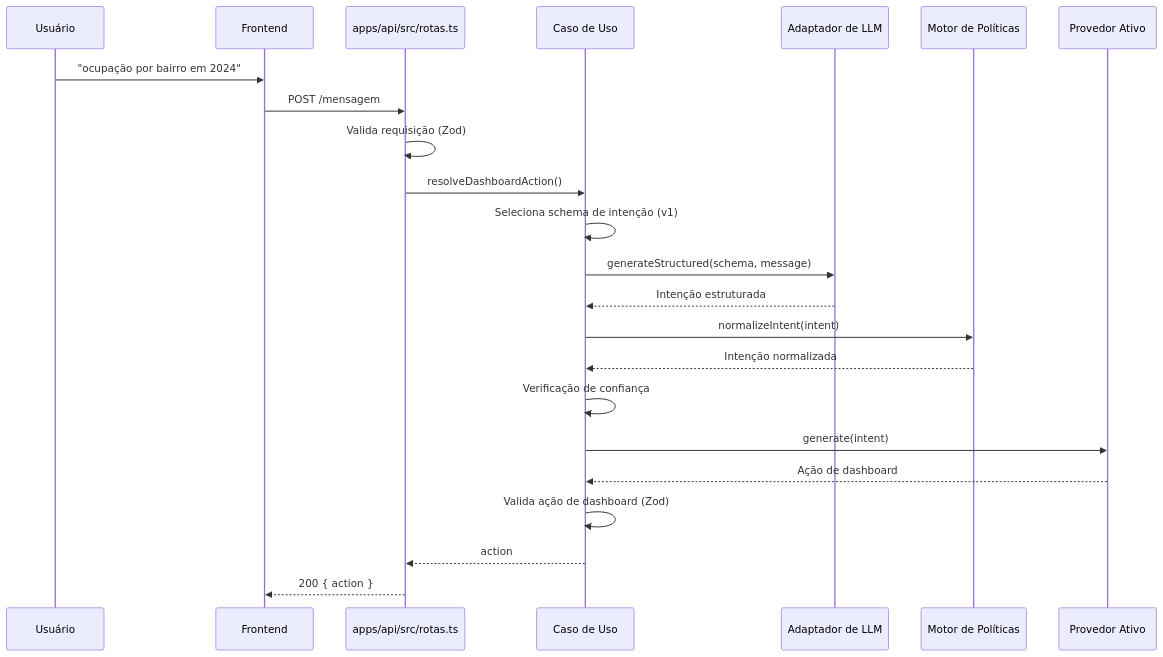
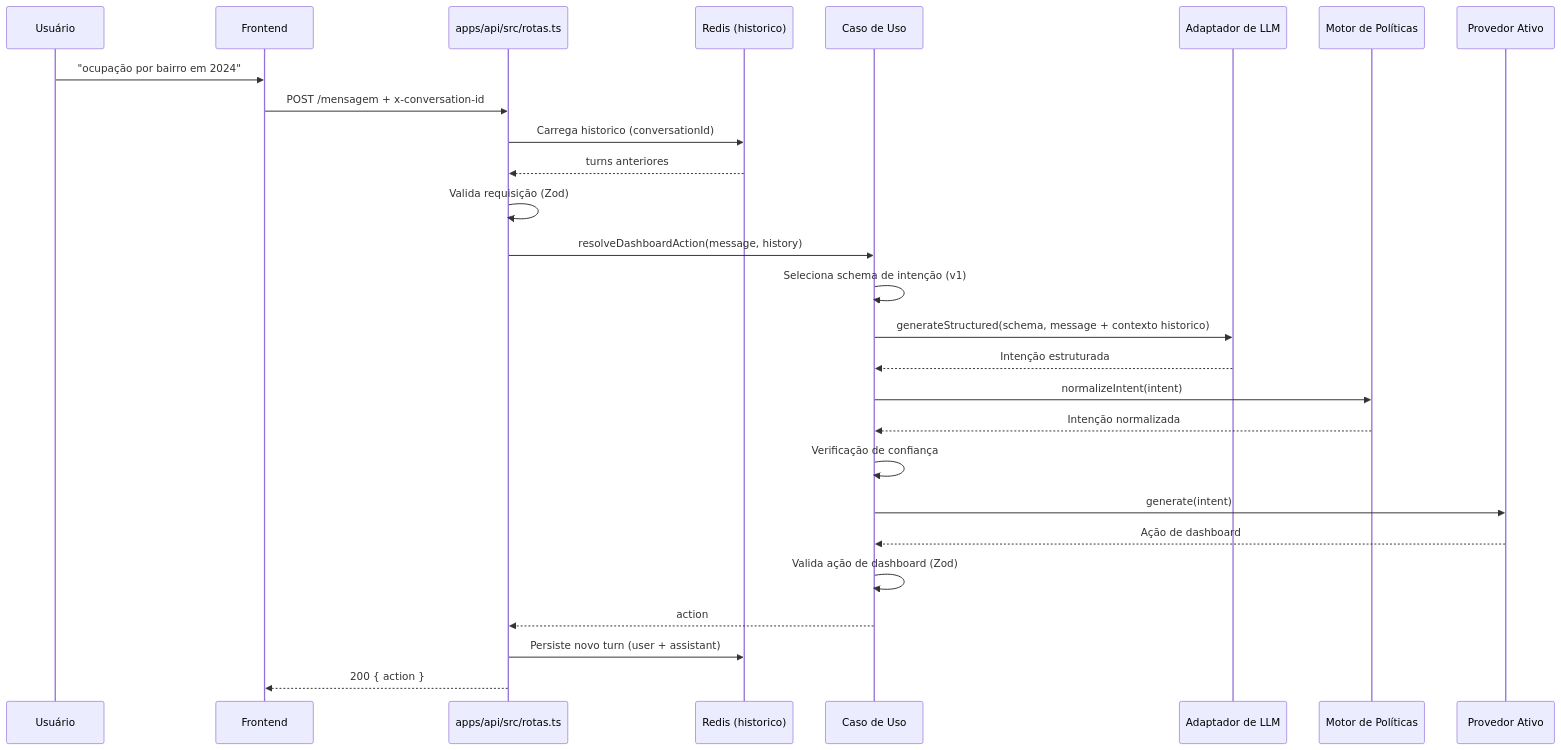
One commit to fernandesyuri33/chat-observatorio-turismo changed the second of 9 diagrams in docs/arquitetura.md. Above: the diagram before and after it, drawn with Mermaid. The commit also changed other lines of this file and 18 other files, not shown here.

Commit message:
historico de mensagens (cache) com redis

````diff
--- a/docs/arquitetura.md
+++ b/docs/arquitetura.md
@@ -32,34 +32,39 @@
 ```mermaid
 sequenceDiagram
   participant U as Usuário
     participant FE as Frontend
   participant API as apps/api/src/rotas.ts
+  participant RED as Redis (historico)
   participant UC as Caso de Uso
   participant LLM as Adaptador de LLM
   participant POL as Motor de Políticas
   participant PROV as Provedor Ativo
 
     U->>FE: "ocupação por bairro em 2024"
-    FE->>API: POST /mensagem
+    FE->>API: POST /mensagem + x-conversation-id
+
+    API->>RED: Carrega historico (conversationId)
+    RED-->>API: turns anteriores
 
     API->>API: Valida requisição (Zod)
-    API->>UC: resolveDashboardAction()
+    API->>UC: resolveDashboardAction(message, history)
 
     UC->>UC: Seleciona schema de intenção (v1)
-    UC->>LLM: generateStructured(schema, message)
+    UC->>LLM: generateStructured(schema, message + contexto historico)
 
     LLM-->>UC: Intenção estruturada
 
     UC->>POL: normalizeIntent(intent)
     POL-->>UC: Intenção normalizada
 
     UC->>UC: Verificação de confiança
 
     UC->>PROV: generate(intent)
     PROV-->>UC: Ação de dashboard
 
     UC->>UC: Valida ação de dashboard (Zod)
     UC-->>API: action
 
+    API->>RED: Persiste novo turn (user + assistant)
     API-->>FE: 200 { action }
 ```
````
